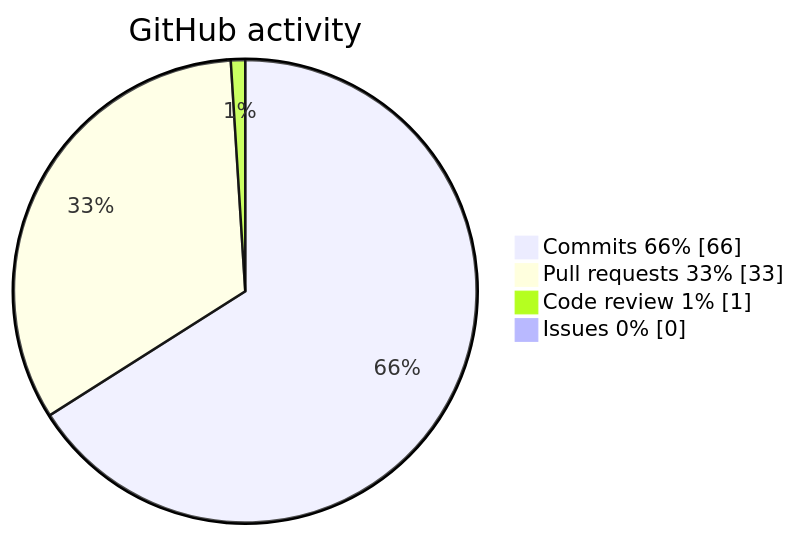
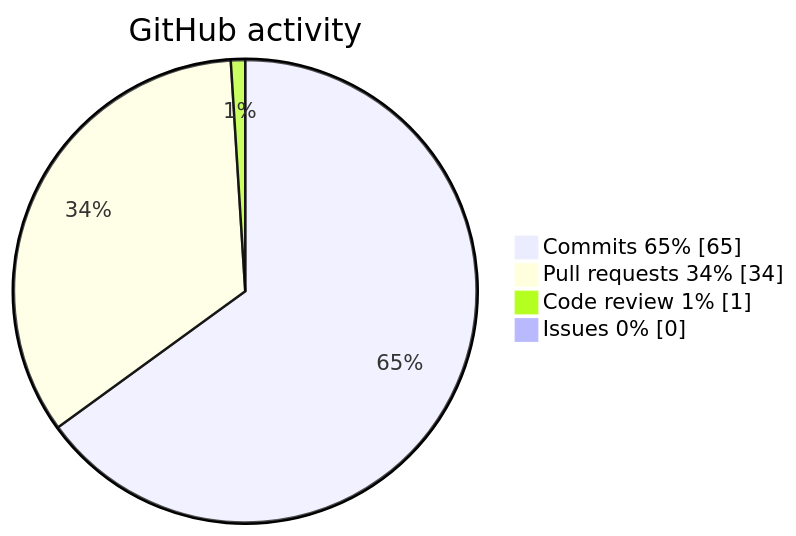
One commit to krotname/KrotName changed the diagram in README.en.md. Above: the diagram before and after it, drawn with Mermaid. The commit also changed other lines of this file and 1 other file, not shown here.

Commit message:
Update profile metrics

````diff
--- a/README.en.md
+++ b/README.en.md
@@ -47,8 +47,8 @@
 ```mermaid
 pie showData
     title GitHub activity
-    "Commits 66%" : 66
-    "Pull requests 33%" : 33
+    "Commits 65%" : 65
+    "Pull requests 34%" : 34
     "Code review 1%" : 1
     "Issues 0%" : 0
 ```
````
